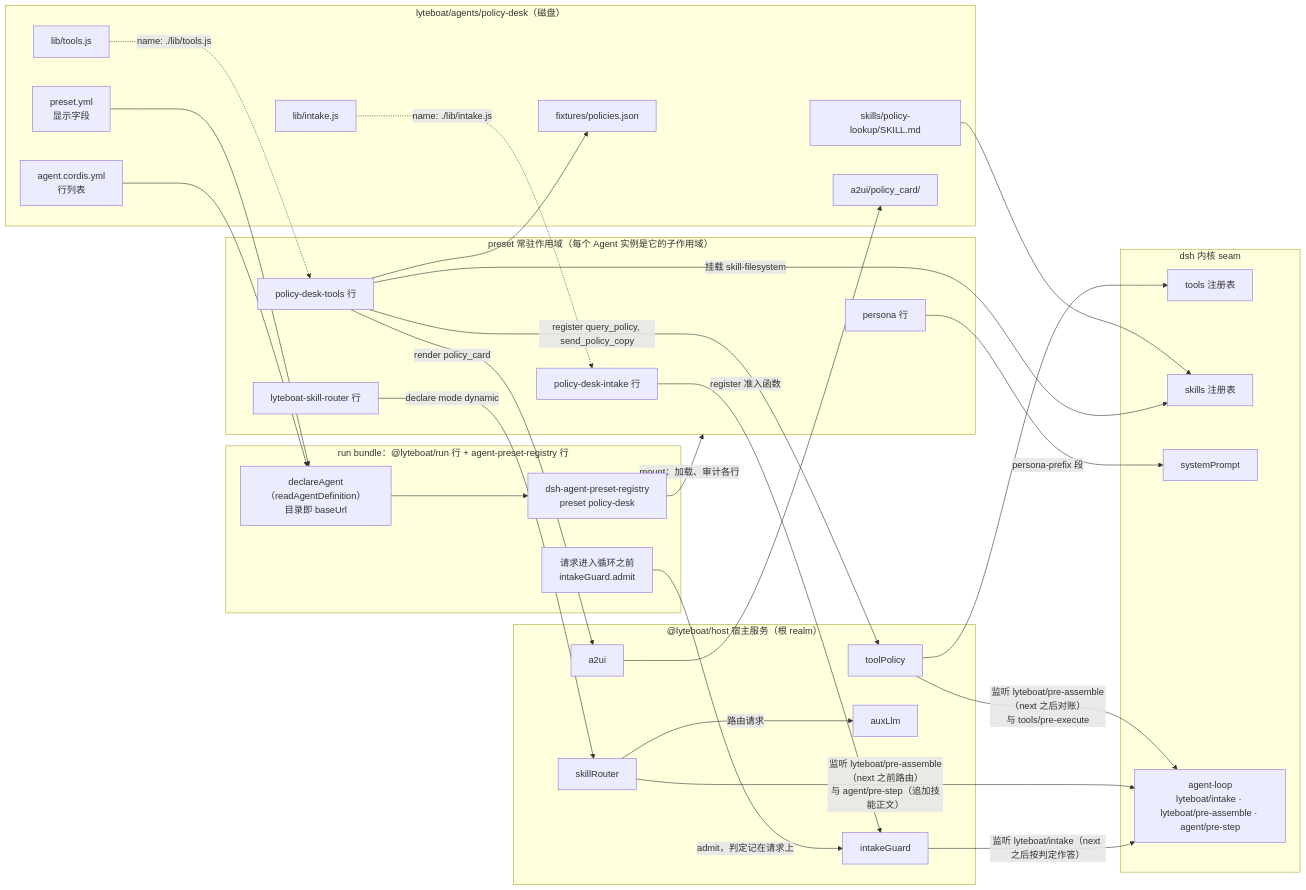
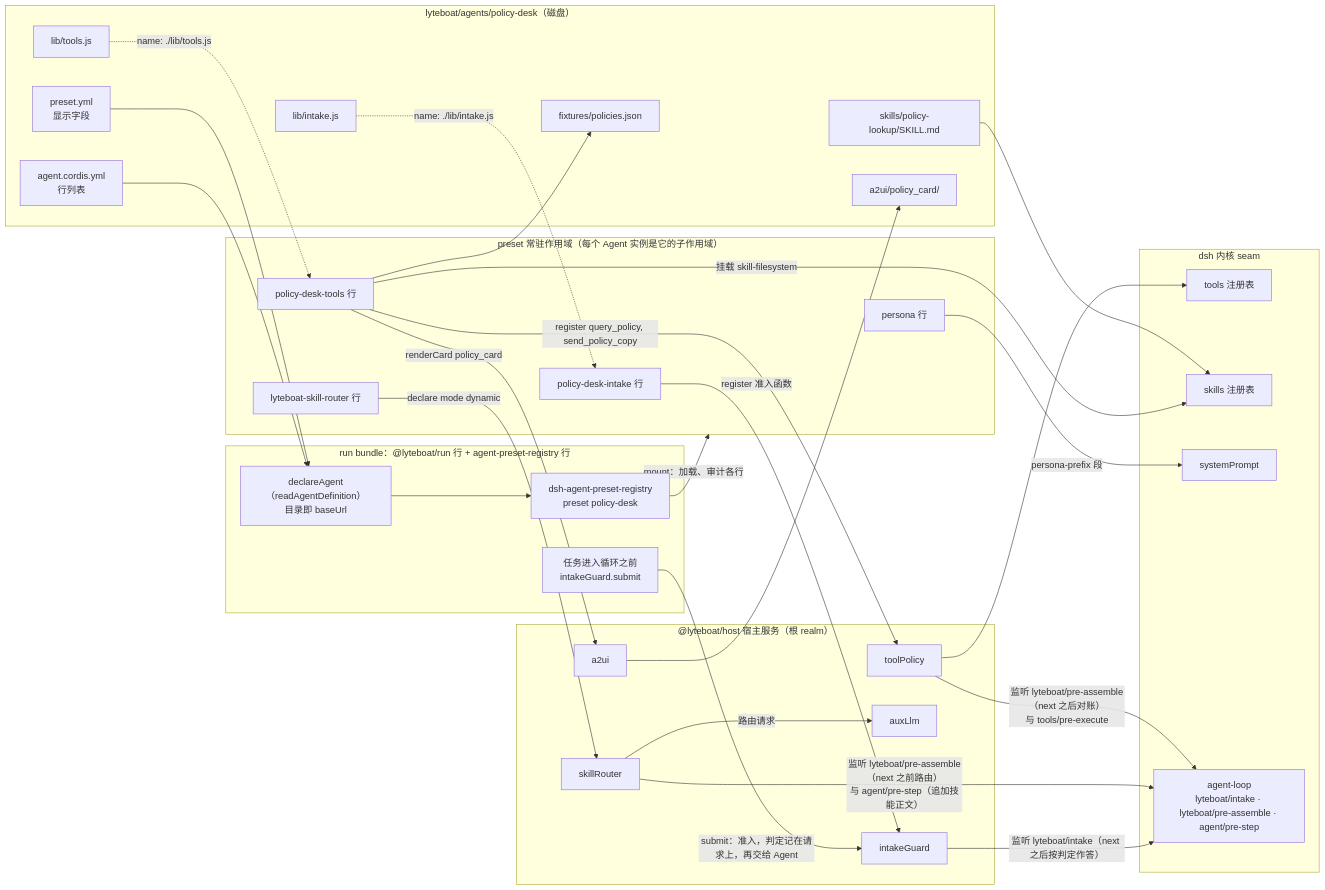
Before and after one commit to lyteboat/boat: the first of 3 diagrams in docs/03-agent-development.md, drawn with Mermaid. The commit also changed other lines of this file, not shown here.

````diff
--- a/docs/03-agent-development.md
+++ b/docs/03-agent-development.md
@@ -128,57 +128,57 @@
 ```mermaid
 flowchart LR
   subgraph DISK["lyteboat/agents/policy-desk（磁盘）"]
     ACY["agent.cordis.yml<br/>行列表"]
     PY["preset.yml<br/>显示字段"]
     SKM["skills/policy-lookup/SKILL.md"]
     LIBT["lib/tools.js"]
     LIBI["lib/intake.js"]
     CARD["a2ui/policy_card/"]
     BOOK["fixtures/policies.json"]
   end
   subgraph RUN["run bundle：@lyteboat/run 行 + agent-preset-registry 行"]
     RD["declareAgent（readAgentDefinition）<br/>目录即 baseUrl"]
     REG["dsh-agent-preset-registry<br/>preset policy-desk"]
-    ADM["请求进入循环之前<br/>intakeGuard.admit"]
+    ADM["任务进入循环之前<br/>intakeGuard.submit"]
   end
   subgraph STAND["preset 常驻作用域（每个 Agent 实例是它的子作用域）"]
     PER["persona 行"]
     SRA["lyteboat-skill-router 行"]
     TOOLS["policy-desk-tools 行"]
     INT["policy-desk-intake 行"]
   end
   subgraph HOST["@lyteboat/host 宿主服务（根 realm）"]
     TP["toolPolicy"]
     SR["skillRouter"]
     AUX["auxLlm"]
     IG["intakeGuard"]
     A2["a2ui"]
   end
   subgraph KERN["dsh 内核 seam"]
     TREG["tools 注册表"]
     SREG["skills 注册表"]
     SP["systemPrompt"]
     LOOP["agent-loop<br/>lyteboat/intake · lyteboat/pre-assemble · agent/pre-step"]
   end
   ACY --> RD
   PY --> RD
   RD --> REG
   REG -->|"mount：加载、审计各行"| STAND
   LIBT -.->|"name: ./lib/tools.js"| TOOLS
   LIBI -.->|"name: ./lib/intake.js"| INT
   PER -->|"persona-prefix 段"| SP
   SRA -->|"declare mode dynamic"| SR
   TOOLS -->|"register query_policy, send_policy_copy"| TP
   TP --> TREG
   TOOLS -->|"挂载 skill-filesystem"| SREG
   SKM --> SREG
-  TOOLS -->|"render policy_card"| A2
+  TOOLS -->|"renderCard policy_card"| A2
   A2 --> CARD
   TOOLS --> BOOK
   INT -->|"register 准入函数"| IG
-  ADM -->|"admit，判定记在请求上"| IG
+  ADM -->|"submit：准入，判定记在请求上，再交给 Agent"| IG
   IG -->|"监听 lyteboat/intake（next 之后按判定作答）"| LOOP
   SR -->|"路由请求"| AUX
   SR -->|"监听 lyteboat/pre-assemble（next 之前路由）<br/>与 agent/pre-step（追加技能正文）"| LOOP
   TP -->|"监听 lyteboat/pre-assemble（next 之后对账）<br/>与 tools/pre-execute"| LOOP
 ```
````
